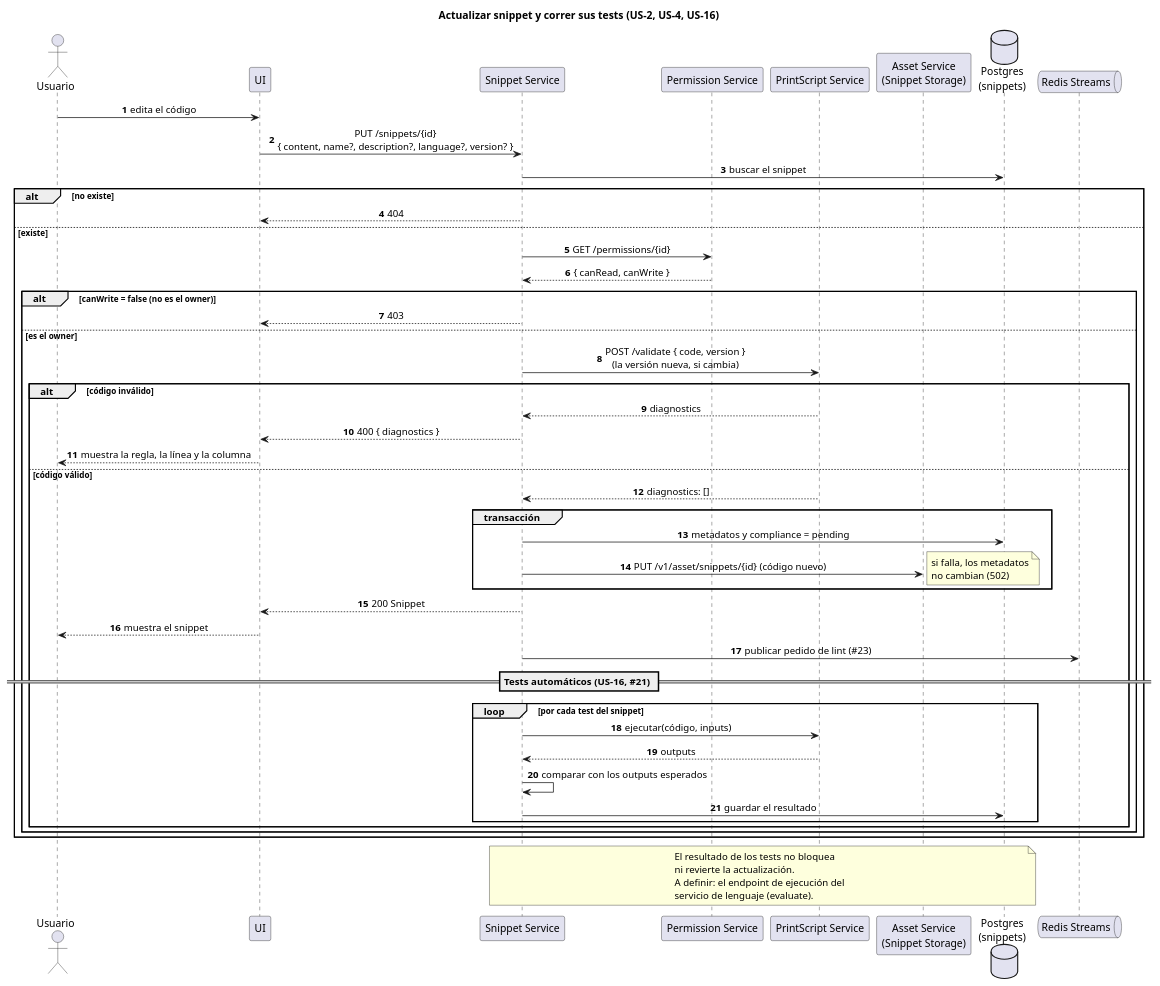
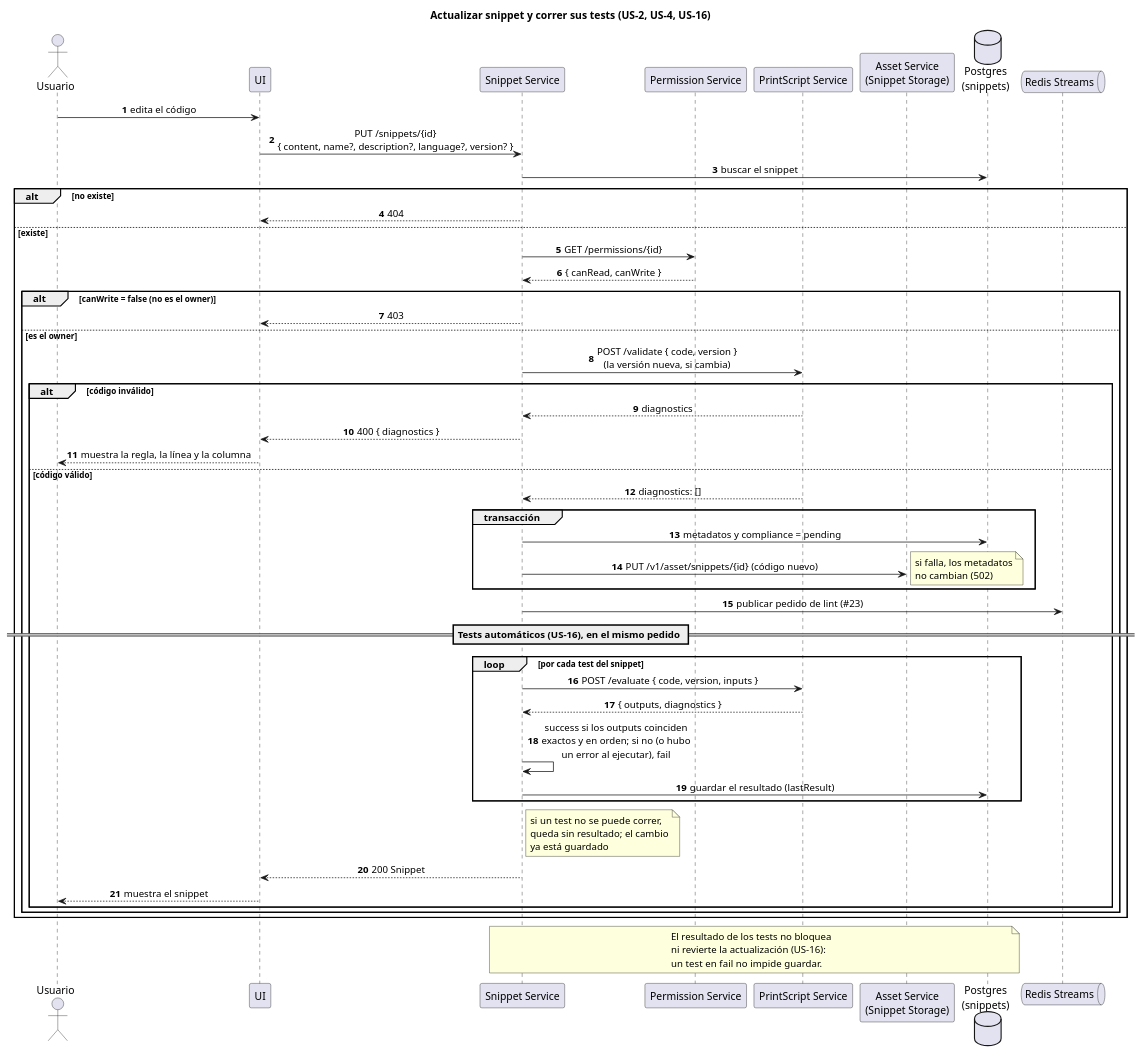
Before and after one commit to MartinaCousido/SnippetSearcher: the diagram in docs/diagramas/flujos/secuencia-actualizar-snippet.puml, drawn with PlantUML. The commit also changed 23 other files, not shown here.

First line of the commit message:
feat(snippets): crea, corre y borra los tests de un snippet

```diff
--- a/docs/diagramas/flujos/secuencia-actualizar-snippet.puml
+++ b/docs/diagramas/flujos/secuencia-actualizar-snippet.puml
@@ -1,63 +1,63 @@
 @startuml secuencia-actualizar-snippet
 ' Actualizar un snippet y correr sus tests (US-2, US-4, US-16).
-' La actualización está implementada (#16). Faltan el lint en segundo plano
-' (#23) y los tests automáticos (#21). Los endpoints son los del README.
+' La actualización (#16) y los tests automáticos (#21) están implementados.
+' Falta el lint en segundo plano (#23). Los endpoints son los del README.
 
 title Actualizar snippet y correr sus tests (US-2, US-4, US-16)
 autonumber
 skinparam sequenceMessageAlign center
 
 actor Usuario
 participant UI
 participant "Snippet Service" as S
 participant "Permission Service" as P
 participant "PrintScript Service" as PS
 participant "Asset Service\n(Snippet Storage)" as ST
 database "Postgres\n(snippets)" as DB
 queue "Redis Streams" as Q
 
 Usuario -> UI : edita el código
 UI -> S : PUT /snippets/{id}\n{ content, name?, description?, language?, version? }
 S -> DB : buscar el snippet
 alt no existe
   S --> UI : 404
 else existe
   S -> P : GET /permissions/{id}
   P --> S : { canRead, canWrite }
   alt canWrite = false (no es el owner)
     S --> UI : 403
   else es el owner
     S -> PS : POST /validate { code, version }\n(la versión nueva, si cambia)
     alt código inválido
       PS --> S : diagnostics
       S --> UI : 400 { diagnostics }
       UI --> Usuario : muestra la regla, la línea y la columna
     else código válido
       PS --> S : diagnostics: []
       group transacción
         S -> DB : metadatos y compliance = pending
         S -> ST : PUT /v1/asset/snippets/{id} (código nuevo)
         note right: si falla, los metadatos\nno cambian (502)
       end
+      S -> Q : publicar pedido de lint (#23)
+
+      == Tests automáticos (US-16), en el mismo pedido ==
+      loop por cada test del snippet
+        S -> PS : POST /evaluate { code, version, inputs }
+        PS --> S : { outputs, diagnostics }
+        S -> S : success si los outputs coinciden\nexactos y en orden; si no (o hubo\nun error al ejecutar), fail
+        S -> DB : guardar el resultado (lastResult)
+      end
+      note right of S: si un test no se puede correr,\nqueda sin resultado; el cambio\nya está guardado
       S --> UI : 200 Snippet
       UI --> Usuario : muestra el snippet
-      S -> Q : publicar pedido de lint (#23)
-
-      == Tests automáticos (US-16, #21) ==
-      loop por cada test del snippet
-        S -> PS : ejecutar(código, inputs)
-        PS --> S : outputs
-        S -> S : comparar con los outputs esperados
-        S -> DB : guardar el resultado
-      end
     end
   end
 end
 
 note over S, DB
   El resultado de los tests no bloquea
-  ni revierte la actualización.
-  A definir: el endpoint de ejecución del
-  servicio de lenguaje (evaluate).
+  ni revierte la actualización (US-16):
+  un test en fail no impide guardar.
 end note
 @enduml
```
